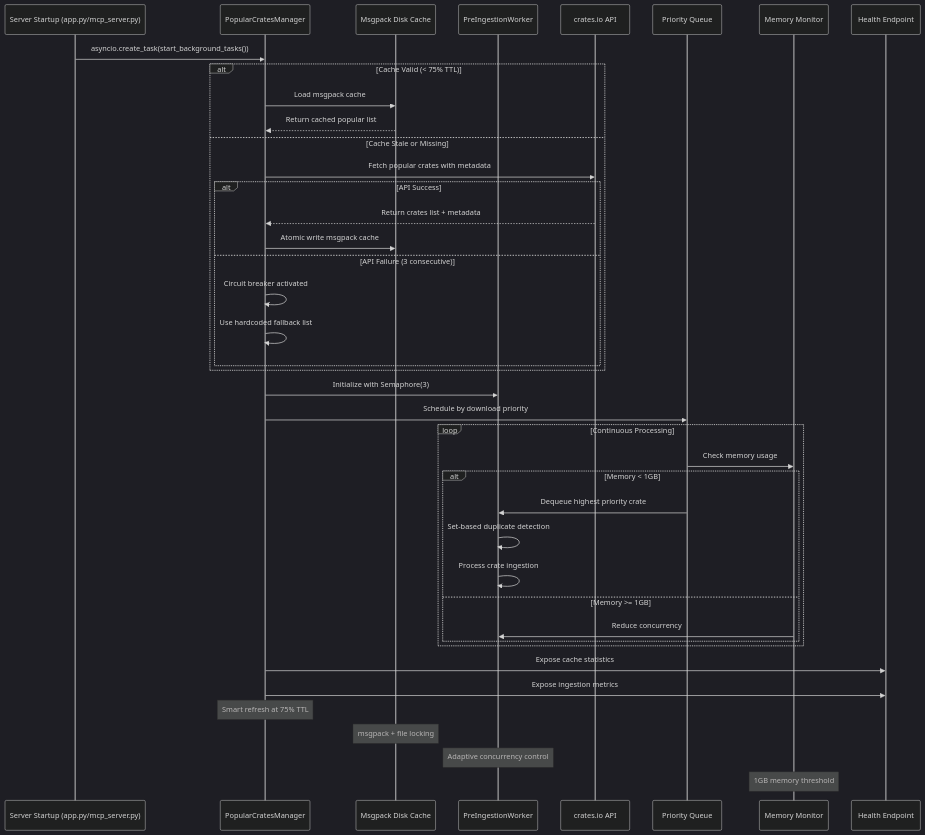
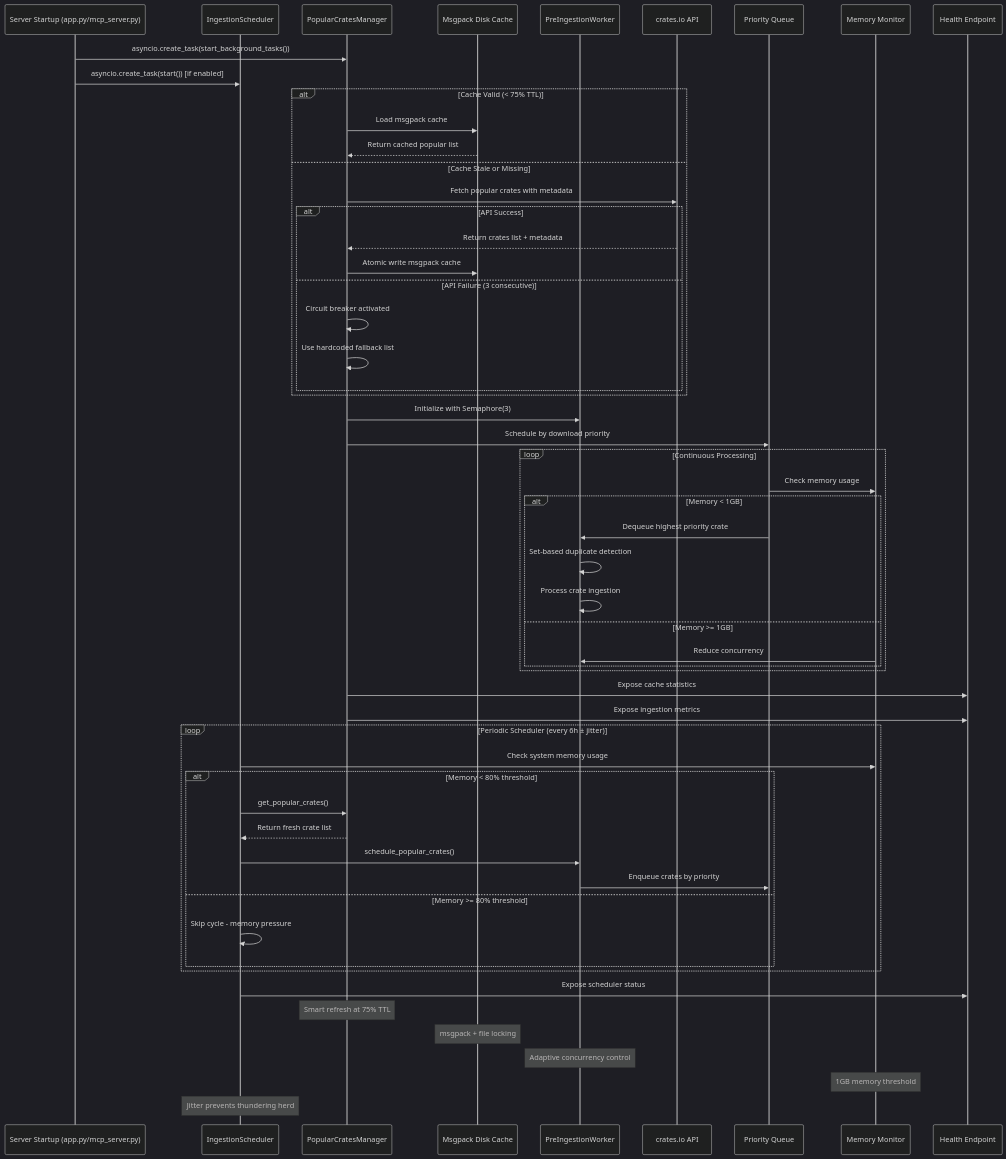
One commit to RimoVR/docsrs-mcp changed diagram 37 of 43 in Architecture.md. Above: the diagram before and after it, drawn with Mermaid (dark theme). The commit also changed other lines of this file and 5 other files, not shown here.

First line of the commit message:
feat: Add background ingestion scheduler for periodic crate updates

````diff
--- a/Architecture.md
+++ b/Architecture.md
@@ -3002,49 +3033,66 @@
 ```mermaid
 sequenceDiagram
     participant Startup as Server Startup (app.py/mcp_server.py)
+    participant Scheduler as IngestionScheduler
     participant Manager as PopularCratesManager
     participant DiskCache as Msgpack Disk Cache
     participant Worker as PreIngestionWorker
     participant API as crates.io API
     participant Queue as Priority Queue
     participant Monitor as Memory Monitor
     participant Health as Health Endpoint
     
     Startup->>Manager: asyncio.create_task(start_background_tasks())
+    Startup->>Scheduler: asyncio.create_task(start()) [if enabled]
     
     alt Cache Valid (< 75% TTL)
         Manager->>DiskCache: Load msgpack cache
         DiskCache-->>Manager: Return cached popular list
     else Cache Stale or Missing
         Manager->>API: Fetch popular crates with metadata
         alt API Success
             API-->>Manager: Return crates list + metadata
             Manager->>DiskCache: Atomic write msgpack cache
         else API Failure (3 consecutive)
             Manager->>Manager: Circuit breaker activated
             Manager->>Manager: Use hardcoded fallback list
         end
     end
     
     Manager->>Worker: Initialize with Semaphore(3)
     Manager->>Queue: Schedule by download priority
     
     loop Continuous Processing
         Queue->>Monitor: Check memory usage
         alt Memory < 1GB
             Queue->>Worker: Dequeue highest priority crate
             Worker->>Worker: Set-based duplicate detection
             Worker->>Worker: Process crate ingestion
         else Memory >= 1GB
             Monitor->>Worker: Reduce concurrency
         end
     end
     
     Manager->>Health: Expose cache statistics
     Manager->>Health: Expose ingestion metrics
     
+    loop Periodic Scheduler (every 6h ± jitter)
+        Scheduler->>Monitor: Check system memory usage
+        alt Memory < 80% threshold
+            Scheduler->>Manager: get_popular_crates()
+            Manager-->>Scheduler: Return fresh crate list
+            Scheduler->>Worker: schedule_popular_crates()
+            Worker->>Queue: Enqueue crates by priority
+        else Memory >= 80% threshold
+            Scheduler->>Scheduler: Skip cycle - memory pressure
+        end
+    end
+    
+    Scheduler->>Health: Expose scheduler status
+    
     Note over Manager: Smart refresh at 75% TTL
     Note over DiskCache: msgpack + file locking
     Note over Worker: Adaptive concurrency control
     Note over Monitor: 1GB memory threshold
+    Note over Scheduler: Jitter prevents thundering herd
 ```
````
